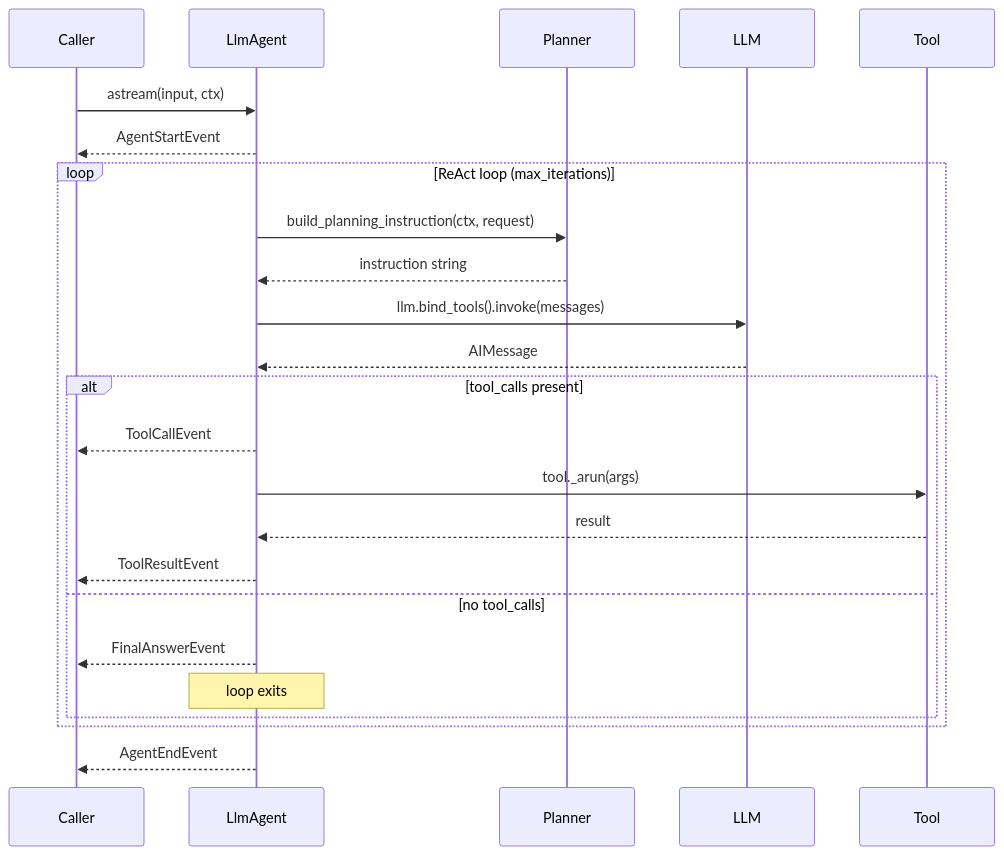
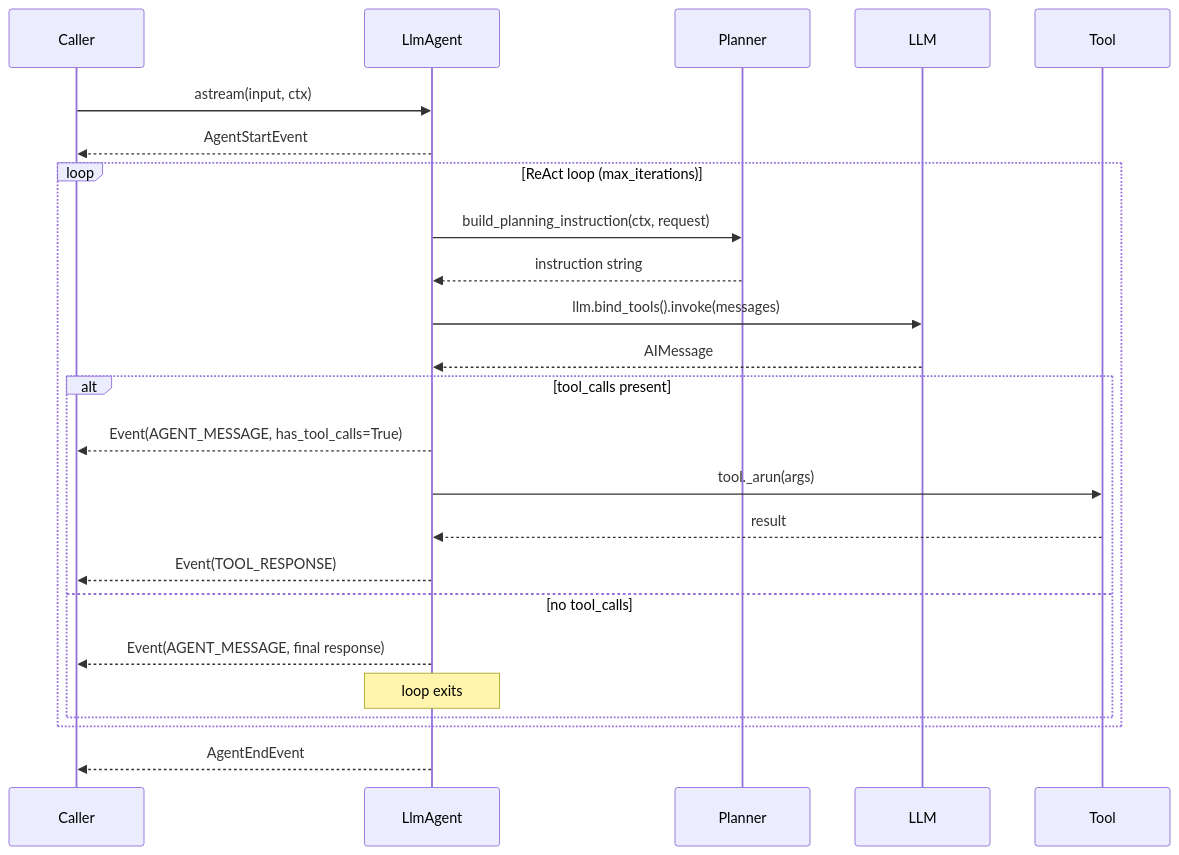
The second of 10 diagrams in README.md (NicolaiLassen/langchain-adk), drawn with Mermaid before and after one commit. The commit also changed other lines of this file and 45 other files, not shown here.

````diff
--- a/README.md
+++ b/README.md
@@ -176,30 +176,30 @@
 ```mermaid
 sequenceDiagram
     participant C as Caller
     participant A as LlmAgent
     participant P as Planner
     participant L as LLM
     participant T as Tool
 
     C->>A: astream(input, ctx)
     A-->>C: AgentStartEvent
 
     loop ReAct loop (max_iterations)
         A->>P: build_planning_instruction(ctx, request)
         P-->>A: instruction string
         A->>L: llm.bind_tools().invoke(messages)
         L-->>A: AIMessage
 
         alt tool_calls present
-            A-->>C: ToolCallEvent
+            A-->>C: Event(AGENT_MESSAGE, has_tool_calls=True)
             A->>T: tool._arun(args)
             T-->>A: result
-            A-->>C: ToolResultEvent
+            A-->>C: Event(TOOL_RESPONSE)
         else no tool_calls
-            A-->>C: FinalAnswerEvent
+            A-->>C: Event(AGENT_MESSAGE, final response)
             note over A: loop exits
         end
     end
 
     A-->>C: AgentEndEvent
 ```
````
